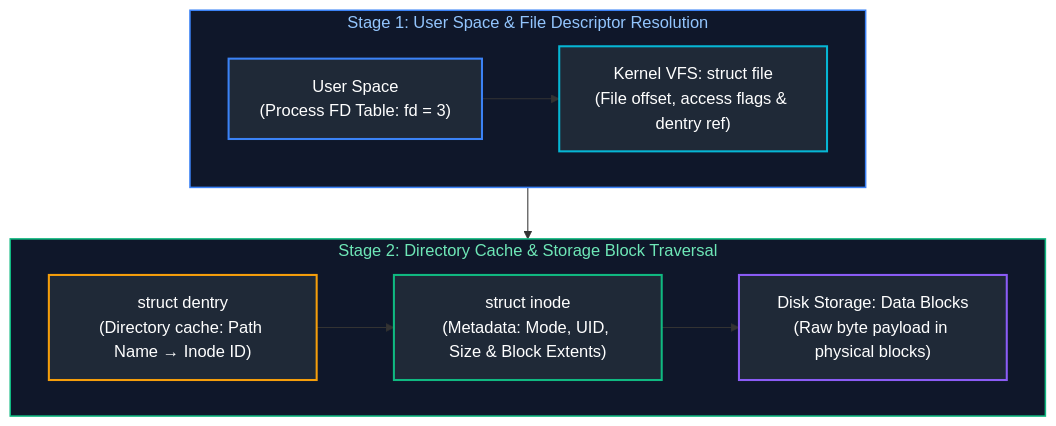
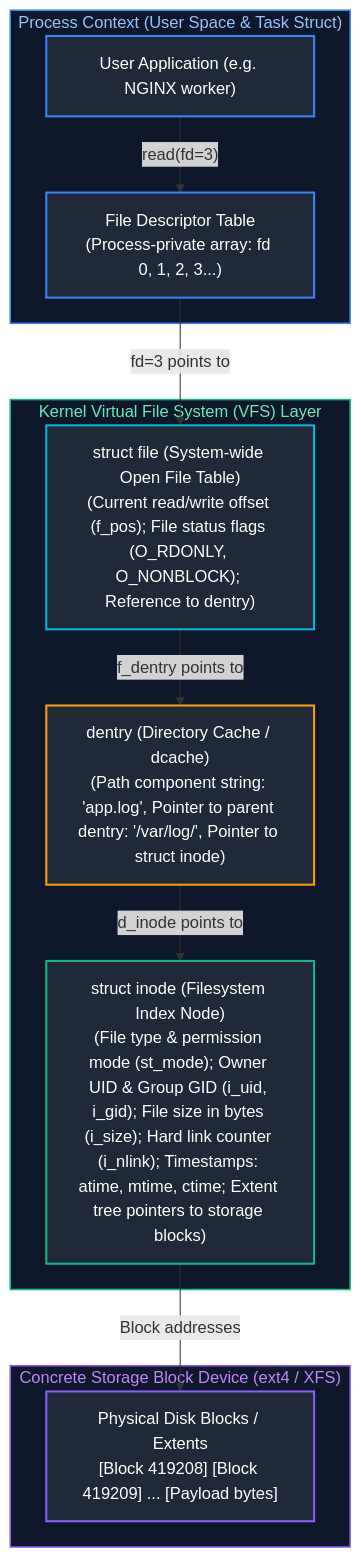
Before and after one commit to joydeep-biswas/Interview-Preparation: the third of 12 diagrams in Cloud Engineering/01_linux_operating_systems_and_scripting.md, drawn with Mermaid. The commit also changed other lines of this file and 143 other files, not shown here.

````diff
--- a/Cloud Engineering/01_linux_operating_systems_and_scripting.md
+++ b/Cloud Engineering/01_linux_operating_systems_and_scripting.md
@@ -114,22 +178,34 @@
 ```mermaid
 flowchart TD
-    subgraph Stage1 ["Stage 1: User Space & File Descriptor Resolution"]
-        direction LR
-        UserSpace["User Space<br/>(Process FD Table: fd = 3)"] --> KernelVFS["Kernel VFS: struct file<br/>(File offset, access flags & dentry ref)"]
+    subgraph ProcessContext ["Process Context (User Space & Task Struct)"]
+        UserApp["User Application (e.g. NGINX worker)"]
+        FDTable["File Descriptor Table<br/>(Process-private array: fd 0, 1, 2, 3...)"]
+        UserApp -->|"read(fd=3)"| FDTable
     end
 
-    subgraph Stage2 ["Stage 2: Directory Cache & Storage Block Traversal"]
-        direction LR
-        Dentry["struct dentry<br/>(Directory cache: Path Name → Inode ID)"] --> Inode["struct inode<br/>(Metadata: Mode, UID, Size & Block Extents)"] --> Disk["Disk Storage: Data Blocks<br/>(Raw byte payload in physical blocks)"]
+    subgraph VFSStructure ["Kernel Virtual File System (VFS) Layer"]
+        FileStruct["struct file (System-wide Open File Table)<br/>(Current read/write offset (f_pos); File status flags (O_RDONLY, O_NONBLOCK); Reference to dentry)"]
+        DentryCache["dentry (Directory Cache / dcache)<br/>(Path component string: 'app.log', Pointer to parent dentry: '/var/log/', Pointer to struct inode)"]
+        InodeTable["struct inode (Filesystem Index Node)<br/>(File type & permission mode (st_mode); Owner UID & Group GID (i_uid, i_gid); File size in bytes (i_size); Hard link counter (i_nlink); Timestamps: atime, mtime, ctime; Extent tree pointers to storage blocks)"]
+
+        FDTable -->|"fd=3 points to"| FileStruct
+        FileStruct -->|"f_dentry points to"| DentryCache
+        DentryCache -->|"d_inode points to"| InodeTable
     end
 
-    Stage1 --> Stage2
+    subgraph StorageLayer ["Concrete Storage Block Device (ext4 / XFS)"]
+        DataBlocks["Physical Disk Blocks / Extents<br/>[Block 419208] [Block 419209] ... [Payload bytes]"]
+        InodeTable -->|"Block addresses"| DataBlocks
+    end
 
-    style Stage1 fill:#0f172a,stroke:#3b82f6,stroke-width:1.5px,color:#93c5fd
-    style Stage2 fill:#0f172a,stroke:#10b981,stroke-width:1.5px,color:#6ee7b7
-    style UserSpace fill:#1f2937,stroke:#3b82f6,stroke-width:2px,color:#fff
-    style KernelVFS fill:#1f2937,stroke:#06b6d4,stroke-width:2px,color:#fff
-    style Dentry fill:#1f2937,stroke:#f59e0b,stroke-width:2px,color:#fff
-    style Inode fill:#1f2937,stroke:#10b981,stroke-width:2px,color:#fff
-    style Disk fill:#1f2937,stroke:#8b5cf6,stroke-width:2px,color:#fff
+    style ProcessContext fill:#0f172a,stroke:#3b82f6,stroke-width:1.5px,color:#93c5fd
+    style VFSStructure fill:#0f172a,stroke:#10b981,stroke-width:1.5px,color:#6ee7b7
+    style StorageLayer fill:#0f172a,stroke:#8b5cf6,stroke-width:1.5px,color:#c084fc
+
+    style UserApp fill:#1f2937,stroke:#3b82f6,stroke-width:2px,color:#fff
+    style FDTable fill:#1f2937,stroke:#3b82f6,stroke-width:2px,color:#fff
+    style FileStruct fill:#1f2937,stroke:#06b6d4,stroke-width:2px,color:#fff
+    style DentryCache fill:#1f2937,stroke:#f59e0b,stroke-width:2px,color:#fff
+    style InodeTable fill:#1f2937,stroke:#10b981,stroke-width:2px,color:#fff
+    style DataBlocks fill:#1f2937,stroke:#8b5cf6,stroke-width:2px,color:#fff
 ```
````
